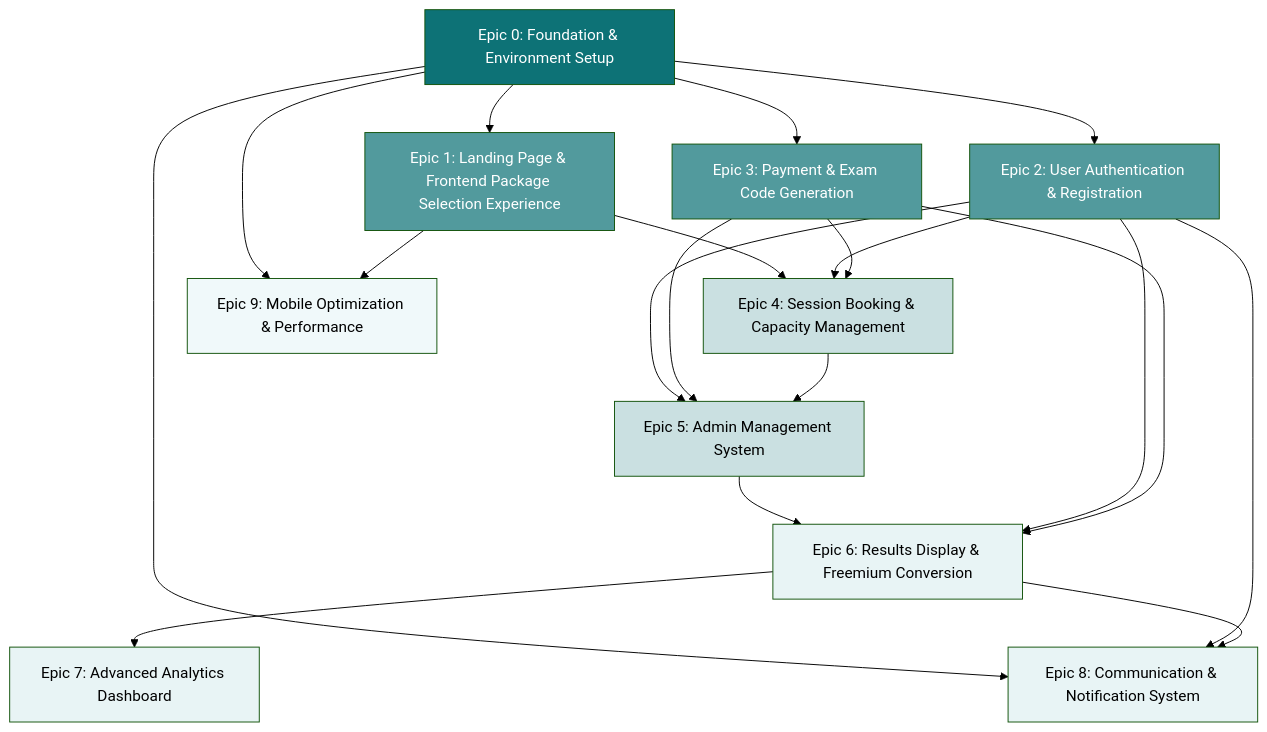
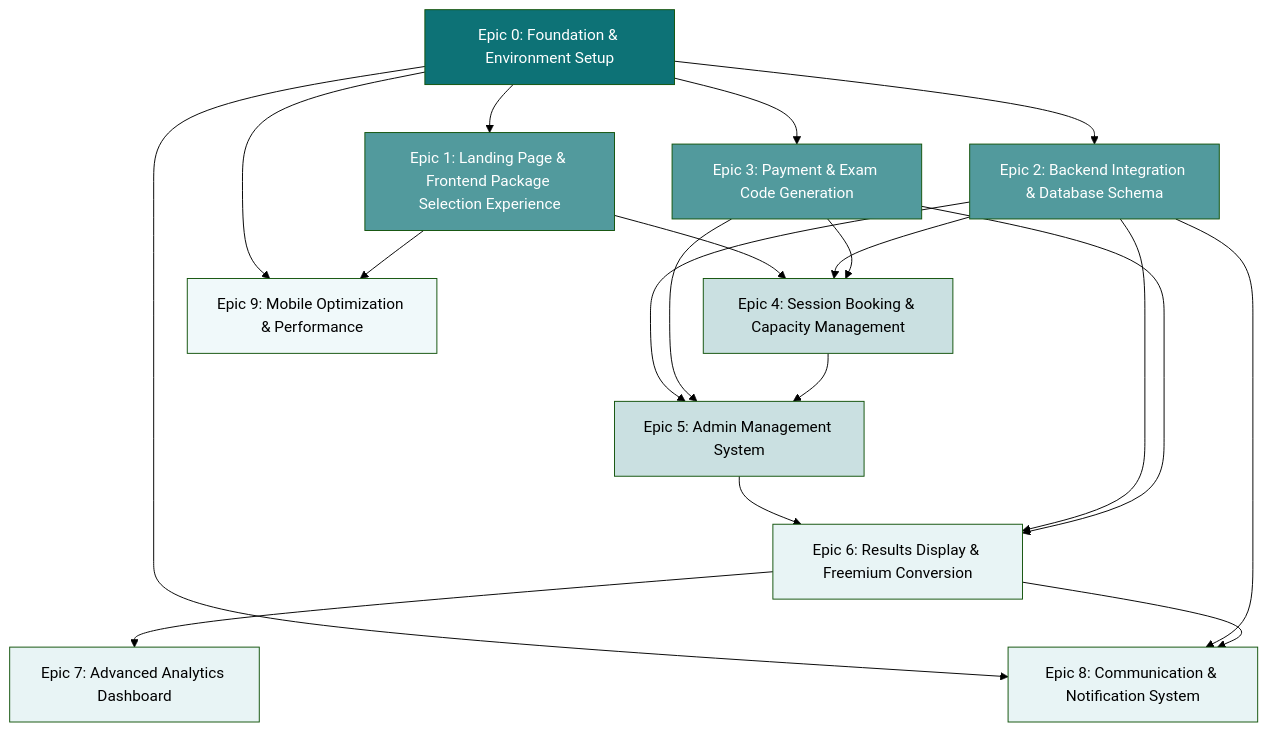
Before and after one commit to ChampPABA/TBAT_mock_exam: the diagram in docs/prd/epic-dependency-matrix.md, drawn with Mermaid (forest theme). The commit also changed other lines of this file and 39 other files, not shown here.

````diff
--- a/docs/prd/epic-dependency-matrix.md
+++ b/docs/prd/epic-dependency-matrix.md
@@ -5,38 +5,38 @@
 ```mermaid
 graph TD
     E0[Epic 0: Foundation & Environment Setup] --> E1[Epic 1: Landing Page & Frontend Package Selection Experience]
-    E0 --> E2[Epic 2: User Authentication & Registration]
+    E0 --> E2[Epic 2: Backend Integration & Database Schema]
     E0 --> E3[Epic 3: Payment & Exam Code Generation]
 
     E1 --> E4[Epic 4: Session Booking & Capacity Management]
     E2 --> E4
     E3 --> E4
 
     E2 --> E5[Epic 5: Admin Management System]
     E3 --> E5
     E4 --> E5
 
     E5 --> E6[Epic 6: Results Display & Freemium Conversion]
     E2 --> E6
     E3 --> E6
 
     E6 --> E7[Epic 7: Advanced Analytics Dashboard]
 
     E0 --> E8[Epic 8: Communication & Notification System]
     E2 --> E8
     E6 --> E8
 
     E0 --> E9[Epic 9: Mobile Optimization & Performance]
     E1 --> E9
 
     style E0 fill:#0d7276,color:#fff
     style E1 fill:#529a9d,color:#fff
     style E2 fill:#529a9d,color:#fff
     style E3 fill:#529a9d,color:#fff
     style E4 fill:#cae0e1,color:#000
     style E5 fill:#cae0e1,color:#000
     style E6 fill:#e8f4f5,color:#000
     style E7 fill:#e8f4f5,color:#000
     style E8 fill:#e8f4f5,color:#000
     style E9 fill:#f0f9fa,color:#000
 ```
````
